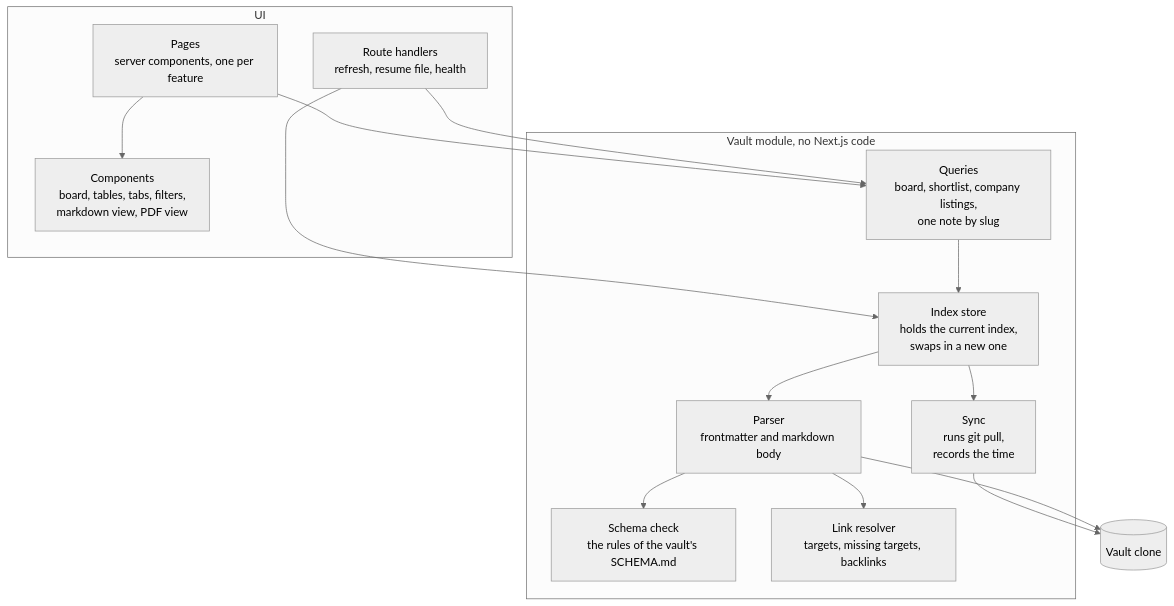
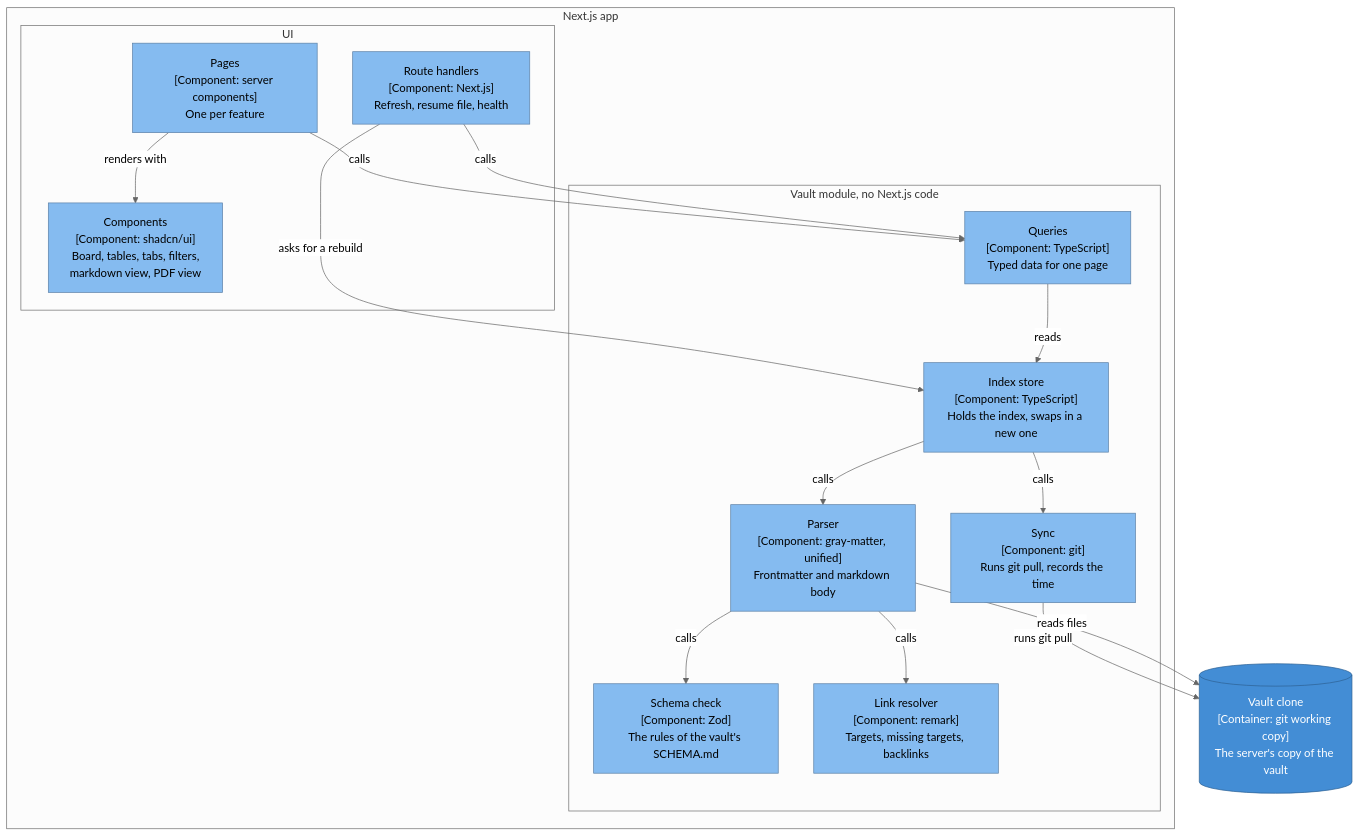
One commit to lyeyixian/job-search-app changed the first of 4 diagrams in docs/architecture/components.md. Above: the diagram before and after it, drawn with Mermaid (neutral theme). The commit also changed other lines of this file and 5 other files, not shown here.

First line of the commit message:
Add a fixed template for each diagram type

````diff
--- a/docs/architecture/components.md
+++ b/docs/architecture/components.md
@@ -6,31 +9,39 @@
 ```mermaid
 flowchart TB
-    subgraph ui["UI"]
-        pages["Pages<br/>server components, one per feature"]
-        comps["Components<br/>board, tables, tabs, filters,<br/>markdown view, PDF view"]
-        routes["Route handlers<br/>refresh, resume file, health"]
+    subgraph next["Next.js app"]
+        subgraph ui["UI"]
+            pages["Pages<br/>[Component: server components]<br/>One per feature"]:::component
+            comps["Components<br/>[Component: shadcn/ui]<br/>Board, tables, tabs, filters,<br/>markdown view, PDF view"]:::component
+            routes["Route handlers<br/>[Component: Next.js]<br/>Refresh, resume file, health"]:::component
+        end
+        subgraph vaultmod["Vault module, no Next.js code"]
+            queries["Queries<br/>[Component: TypeScript]<br/>Typed data for one page"]:::component
+            store["Index store<br/>[Component: TypeScript]<br/>Holds the index, swaps in a new one"]:::component
+            sync["Sync<br/>[Component: git]<br/>Runs git pull, records the time"]:::component
+            parser["Parser<br/>[Component: gray-matter, unified]<br/>Frontmatter and markdown body"]:::component
+            schema["Schema check<br/>[Component: Zod]<br/>The rules of the vault's SCHEMA.md"]:::component
+            links["Link resolver<br/>[Component: remark]<br/>Targets, missing targets, backlinks"]:::component
+        end
     end
 
-    subgraph vaultmod["Vault module, no Next.js code"]
-        store["Index store<br/>holds the current index,<br/>swaps in a new one"]
-        sync["Sync<br/>runs git pull,<br/>records the time"]
-        parser["Parser<br/>frontmatter and markdown body"]
-        schema["Schema check<br/>the rules of the vault's SCHEMA.md"]
-        links["Link resolver<br/>targets, missing targets, backlinks"]
-        queries["Queries<br/>board, shortlist, company listings,<br/>one note by slug"]
-    end
+    clone[("Vault clone<br/>[Container: git working copy]<br/>The server's copy of the vault")]:::store
 
-    clone[("Vault clone")]
+    pages -- "renders with" --> comps
+    pages -- "calls" --> queries
+    routes -- "calls" --> queries
+    routes -- "asks for a rebuild" --> store
+    queries -- "reads" --> store
+    store -- "calls" --> sync
+    store -- "calls" --> parser
+    parser -- "calls" --> schema
+    parser -- "calls" --> links
+    sync -- "runs git pull" --> clone
+    parser -- "reads files" --> clone
 
-    pages --> comps
-    pages --> queries
-    routes --> store
-    routes --> queries
-    queries --> store
-    store --> sync
-    store --> parser
-    parser --> schema
-    parser --> links
-    sync --> clone
-    parser --> clone
+    classDef person fill:#08427b,stroke:#052e56,color:#ffffff
+    classDef system fill:#1168bd,stroke:#0b4884,color:#ffffff
+    classDef container fill:#438dd5,stroke:#2e6295,color:#ffffff
+    classDef component fill:#85bbf0,stroke:#5d82a8,color:#000000
+    classDef store fill:#438dd5,stroke:#2e6295,color:#ffffff
+    classDef external fill:#999999,stroke:#6b6b6b,color:#ffffff
 ```
````
